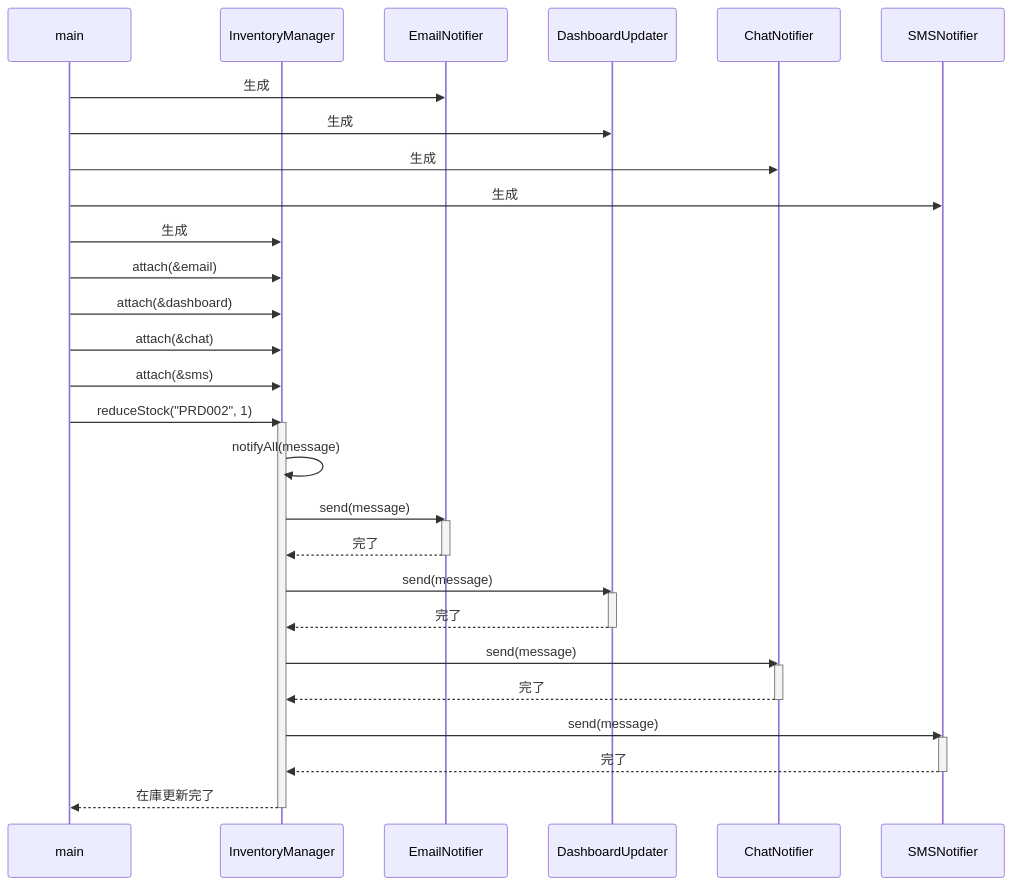
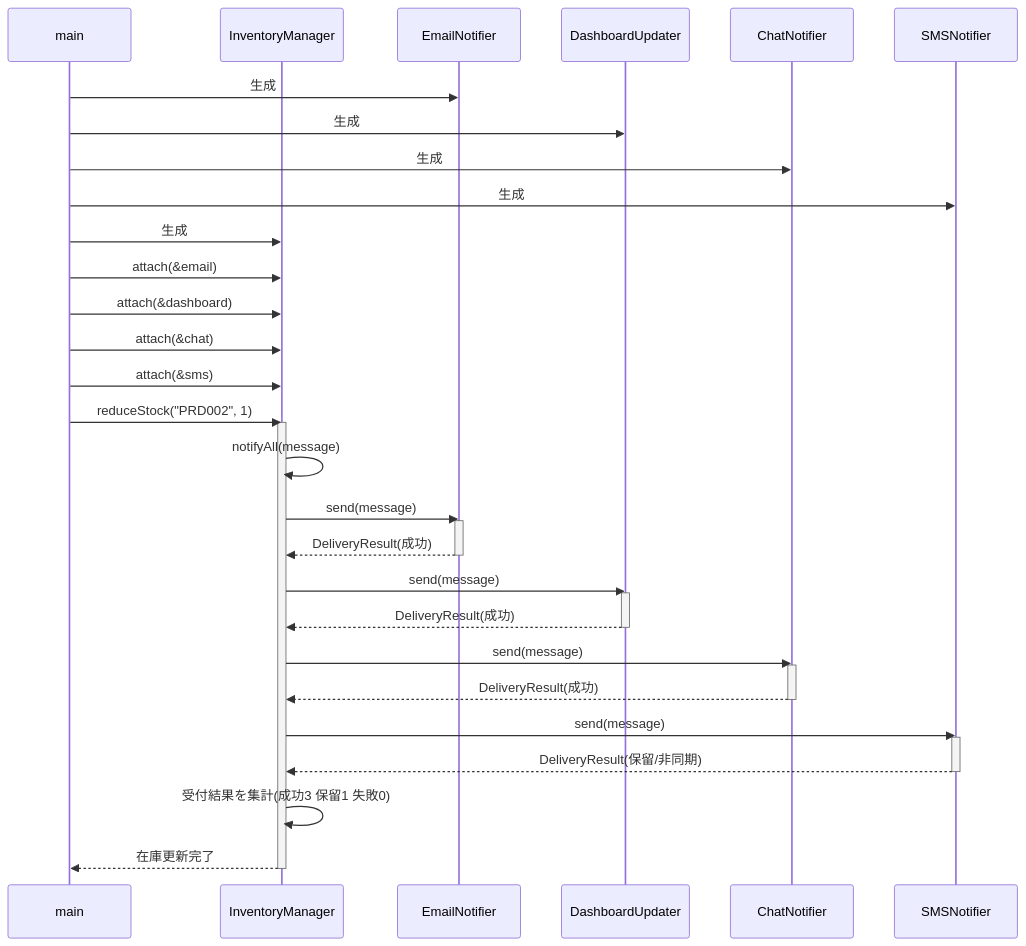
Before and after one commit to kumachan1101-pixel/DesignPattern: the sixth of 8 diagrams in kindle/design-patterns/output/chapter07.md, drawn with Mermaid. The commit also changed other lines of this file and 5 other files, not shown here.

````diff
--- a/kindle/design-patterns/output/chapter07.md
+++ b/kindle/design-patterns/output/chapter07.md
@@ -1355,40 +1436,41 @@
 ```mermaid
 sequenceDiagram
     participant M as main
     participant IM as InventoryManager
     participant E as EmailNotifier
     participant D as DashboardUpdater
     participant C as ChatNotifier
     participant S as SMSNotifier
 
     M->>E: 生成
     M->>D: 生成
     M->>C: 生成
     M->>S: 生成
     M->>IM: 生成
     M->>IM: attach(&email)
     M->>IM: attach(&dashboard)
     M->>IM: attach(&chat)
     M->>IM: attach(&sms)
     M->>IM: reduceStock("PRD002", 1)
     activate IM
     IM->>IM: notifyAll(message)
     IM->>E: send(message)
     activate E
-    E-->>IM: 完了
+    E-->>IM: DeliveryResult(成功)
     deactivate E
     IM->>D: send(message)
     activate D
-    D-->>IM: 完了
+    D-->>IM: DeliveryResult(成功)
     deactivate D
     IM->>C: send(message)
     activate C
-    C-->>IM: 完了
+    C-->>IM: DeliveryResult(成功)
     deactivate C
     IM->>S: send(message)
     activate S
-    S-->>IM: 完了
+    S-->>IM: DeliveryResult(保留/非同期)
     deactivate S
+    IM->>IM: 受付結果を集計(成功3 保留1 失敗0)
     IM-->>M: 在庫更新完了
     deactivate IM
 ```
````
